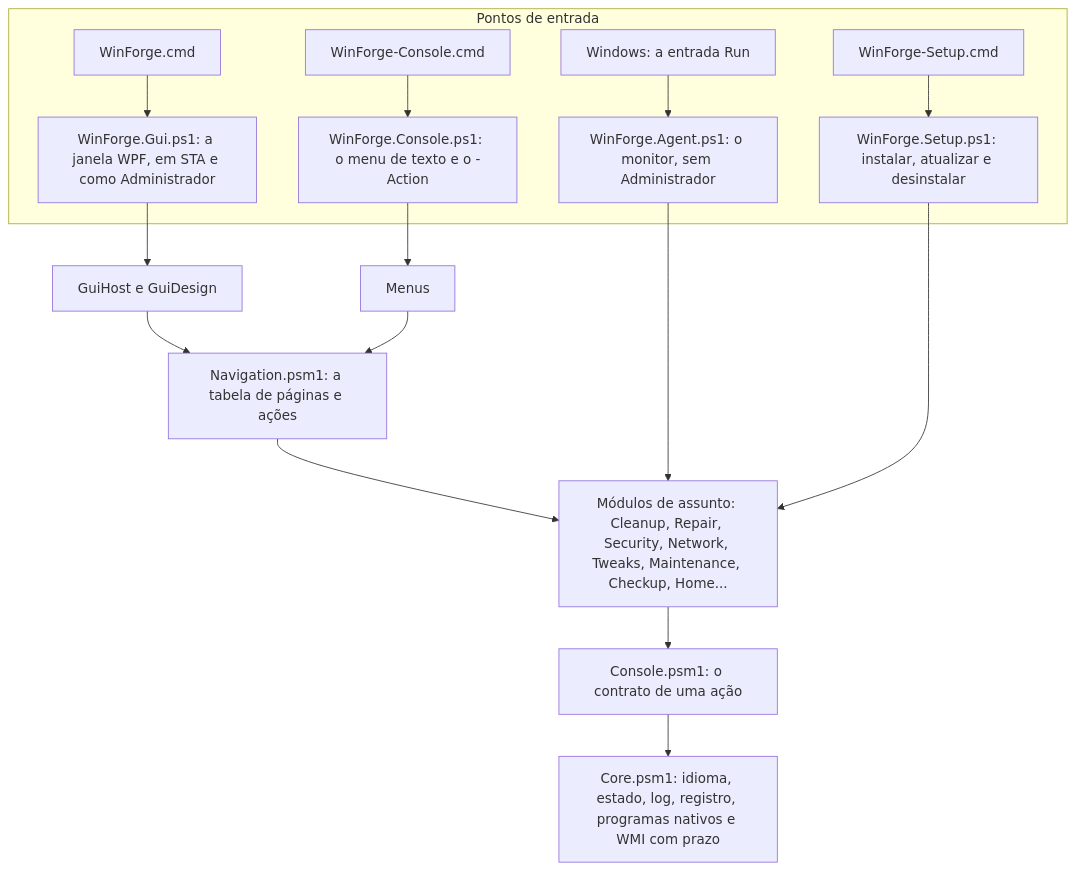
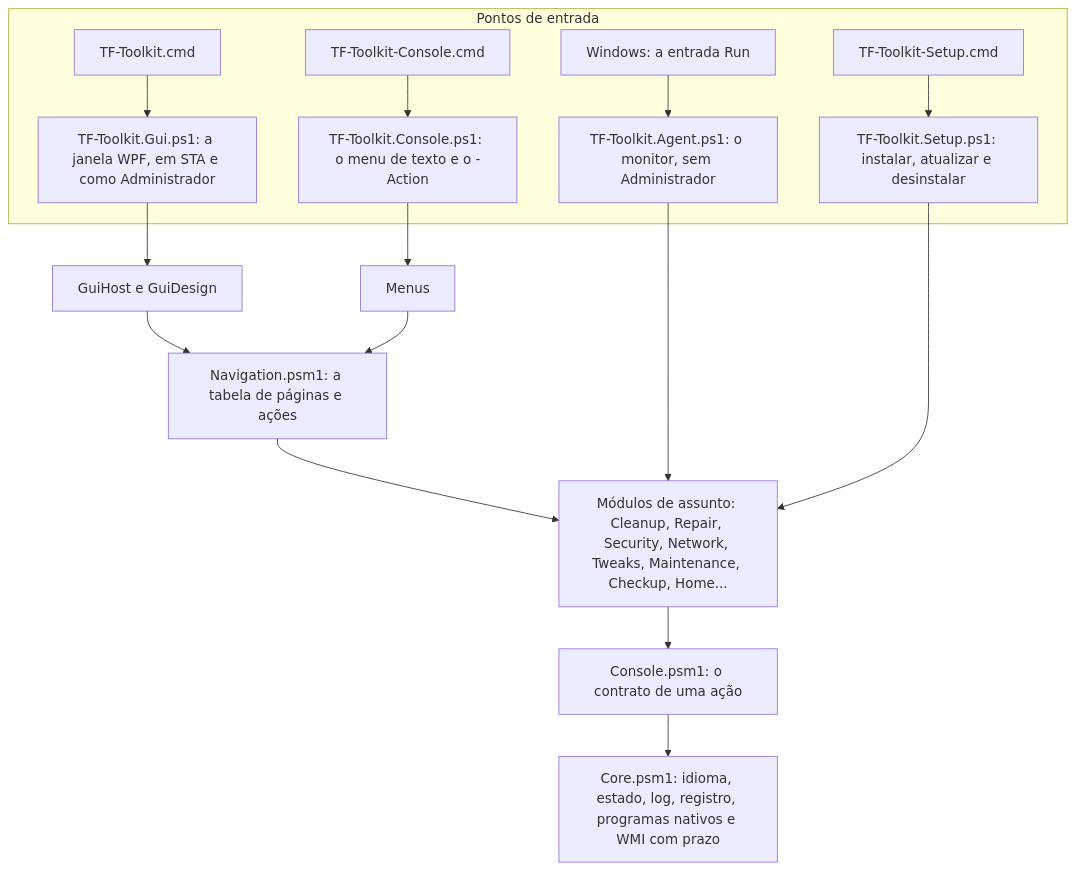
Before and after one commit to Neanderthal86/preventiva: the second of 3 diagrams in docs/documentacao-tecnica-4.0.md, drawn with Mermaid. The commit also changed other lines of this file and 69 other files, not shown here.

Commit message:
refactor(v4.0): renomear todos os arquivos, funcoes, variaveis e referencias de WinForge para TF-Toolkit

````diff
--- a/docs/documentacao-tecnica-4.0.md
+++ b/docs/documentacao-tecnica-4.0.md
@@ -293,18 +293,18 @@
 ```mermaid
 flowchart TD
     subgraph E["Pontos de entrada"]
-        G1["WinForge.cmd"] --> G2["WinForge.Gui.ps1: a janela WPF, em STA e como Administrador"]
-        C1["WinForge-Console.cmd"] --> C2["WinForge.Console.ps1: o menu de texto e o -Action"]
-        R1["Windows: a entrada Run"] --> R2["WinForge.Agent.ps1: o monitor, sem Administrador"]
-        S1["WinForge-Setup.cmd"] --> S2["WinForge.Setup.ps1: instalar, atualizar e desinstalar"]
+        G1["TF-Toolkit.cmd"] --> G2["TF-Toolkit.Gui.ps1: a janela WPF, em STA e como Administrador"]
+        C1["TF-Toolkit-Console.cmd"] --> C2["TF-Toolkit.Console.ps1: o menu de texto e o -Action"]
+        R1["Windows: a entrada Run"] --> R2["TF-Toolkit.Agent.ps1: o monitor, sem Administrador"]
+        S1["TF-Toolkit-Setup.cmd"] --> S2["TF-Toolkit.Setup.ps1: instalar, atualizar e desinstalar"]
     end
     G2 --> GH["GuiHost e GuiDesign"]
     C2 --> MN["Menus"]
     GH --> NV["Navigation.psm1: a tabela de páginas e ações"]
     MN --> NV
     NV --> MA["Módulos de assunto: Cleanup, Repair, Security, Network, Tweaks, Maintenance, Checkup, Home..."]
     R2 --> MA
     S2 --> MA
     MA --> CO["Console.psm1: o contrato de uma ação"]
     CO --> CR["Core.psm1: idioma, estado, log, registro, programas nativos e WMI com prazo"]
 ```
````
